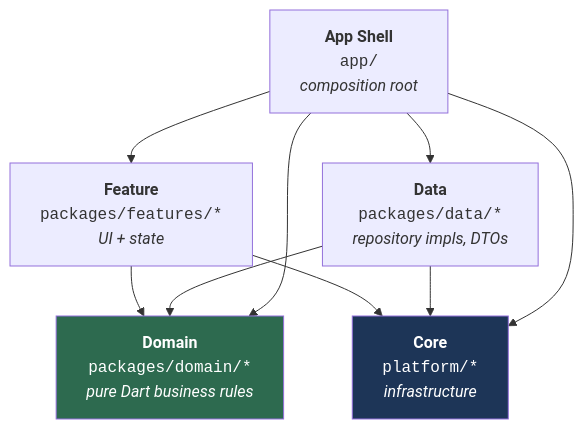
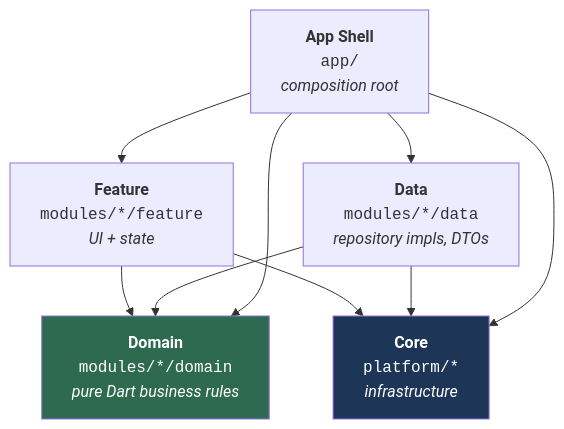
The diagram in docs/en/architecture/01_overview.md (CaoGiaHieu-dev/flutter-monorepo-codebase), drawn with Mermaid before and after one commit. The commit also changed other lines of this file and 297 other files, not shown here.

First line of the commit message:
refactor: move product packages into vertical slices under modules/

````diff
--- a/docs/en/architecture/01_overview.md
+++ b/docs/en/architecture/01_overview.md
@@ -13,20 +13,20 @@
 ```mermaid
 graph TD
     App["<b>App Shell</b><br/><code>app/</code><br/><i>composition root</i>"]
-    Feature["<b>Feature</b><br/><code>packages/features/*</code><br/><i>UI + state</i>"]
-    Domain["<b>Domain</b><br/><code>packages/domain/*</code><br/><i>pure Dart business rules</i>"]
-    Data["<b>Data</b><br/><code>packages/data/*</code><br/><i>repository impls, DTOs</i>"]
+    Feature["<b>Feature</b><br/><code>modules/*/feature</code><br/><i>UI + state</i>"]
+    Domain["<b>Domain</b><br/><code>modules/*/domain</code><br/><i>pure Dart business rules</i>"]
+    Data["<b>Data</b><br/><code>modules/*/data</code><br/><i>repository impls, DTOs</i>"]
     Core["<b>Core</b><br/><code>platform/*</code><br/><i>infrastructure</i>"]
 
     Feature --> Domain
     Data --> Domain
     Feature --> Core
     Data --> Core
     App --> Feature
     App --> Data
     App --> Domain
     App --> Core
 
     style Domain fill:#2d6a4f,color:#fff
     style Core fill:#1d3557,color:#fff
 ```
````
